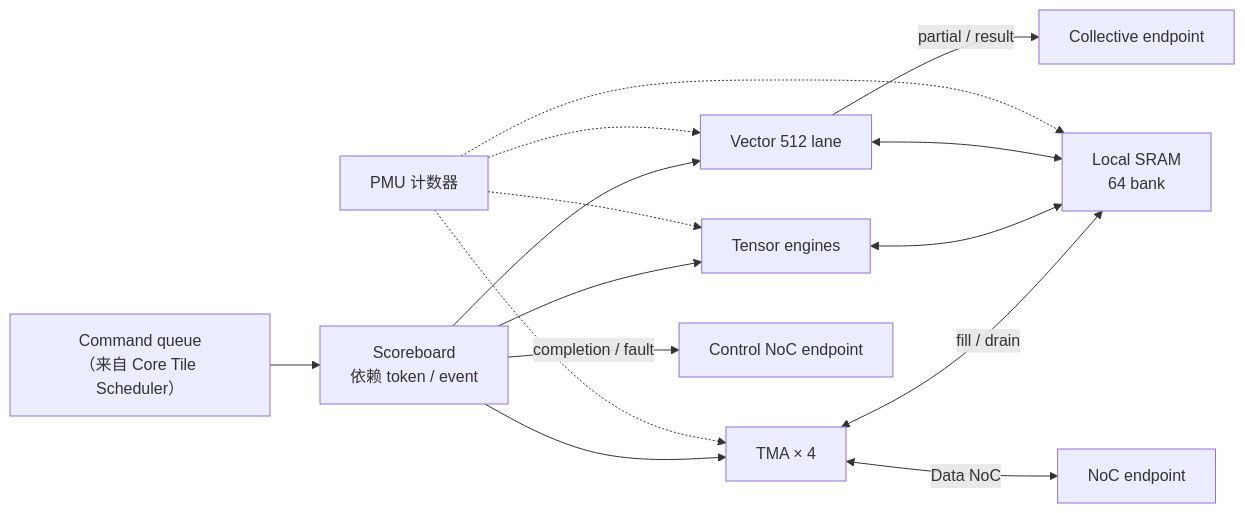
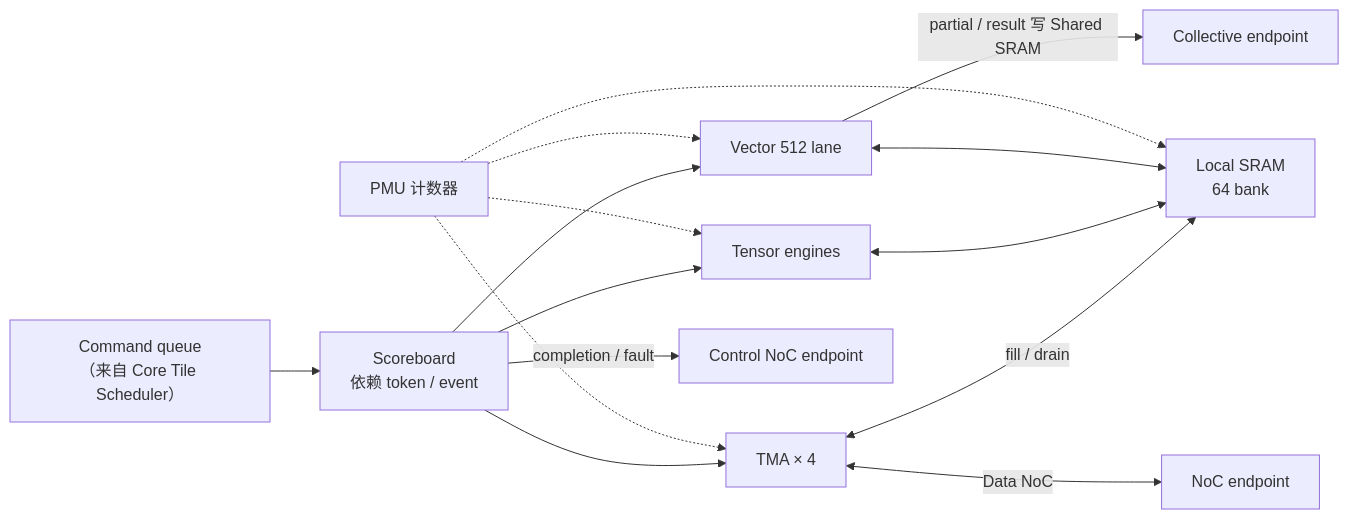
Before and after one commit to xqdan/xihu: the third of 7 diagrams in teams/hardware/docs/02_AI_CORE.md, drawn with Mermaid. The commit also changed other lines of this file and 25 other files, not shown here.

````diff
--- a/teams/hardware/docs/02_AI_CORE.md
+++ b/teams/hardware/docs/02_AI_CORE.md
@@ -181,17 +181,17 @@
 ```mermaid
 flowchart LR
   CQ["Command queue<br/>（来自 Core Tile Scheduler）"] --> SB["Scoreboard<br/>依赖 token / event"]
   SB --> TE["Tensor engines"]
   SB --> VE["Vector 512 lane"]
   SB --> TMA["TMA × 4"]
   TMA <-->|"fill / drain"| LS["Local SRAM<br/>64 bank"]
   TE <--> LS
   VE <--> LS
   TMA <-->|"Data NoC"| NOC["NoC endpoint"]
   SB -->|"completion / fault"| CN["Control NoC endpoint"]
-  VE -->|"partial / result"| COL["Collective endpoint"]
+  VE -->|"partial / result 写 Shared SRAM"| COL["Collective endpoint"]
   PMU["PMU 计数器"] -.-> TE
   PMU -.-> VE
   PMU -.-> TMA
   PMU -.-> LS
 ```
````
